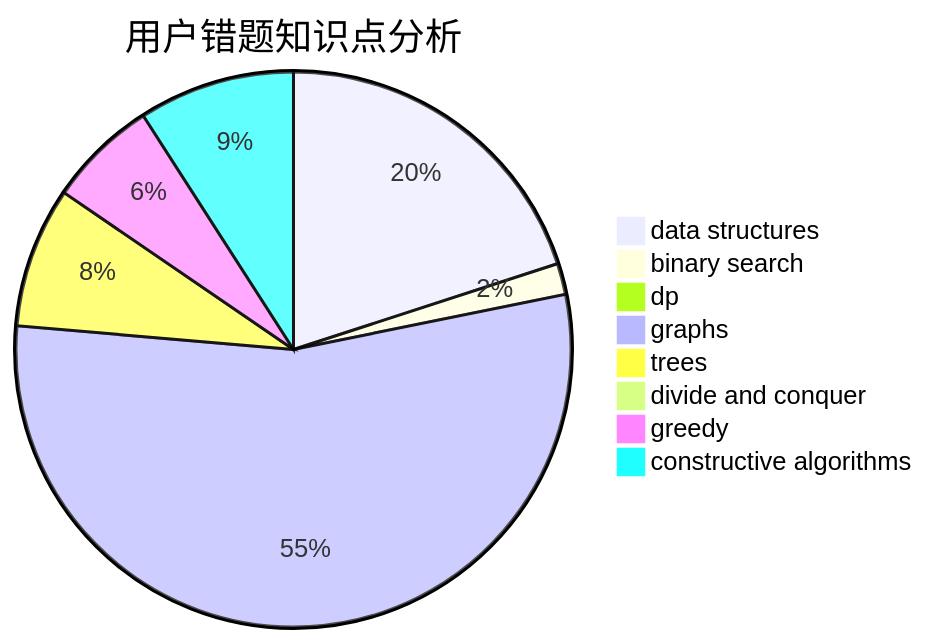
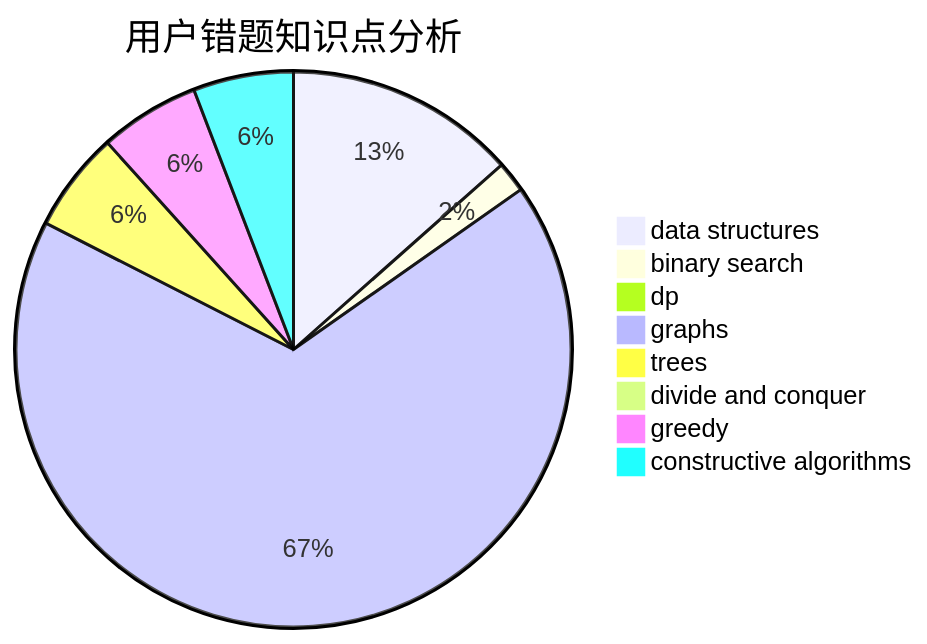
The third of 3 diagrams in docs/user/u691.md (sherpahu/cfrs.github.io), drawn with Mermaid before and after one commit. The commit also changed other lines of this file and 2770 other files, not shown here.

````diff
--- a/docs/user/u691.md
+++ b/docs/user/u691.md
@@ -36,11 +36,11 @@
 ```mermaid
 pie title 用户错题知识点分析
-    "data structures" :  22
-    "binary search" :  2
-    "dp" :  0
-    "graphs" :  60
-    "trees" :  9
-    "divide and conquer" :  0
-    "greedy" :  7
-    "constructive algorithms" :  10
+    "data structures" :  30
+    "binary search" :  4
+    "dp" :  1
+    "graphs" :  150
+    "trees" :  13
+    "divide and conquer" :  1
+    "greedy" :  13
+    "constructive algorithms" :  13
 ```
````
